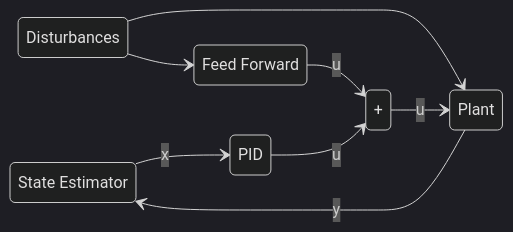
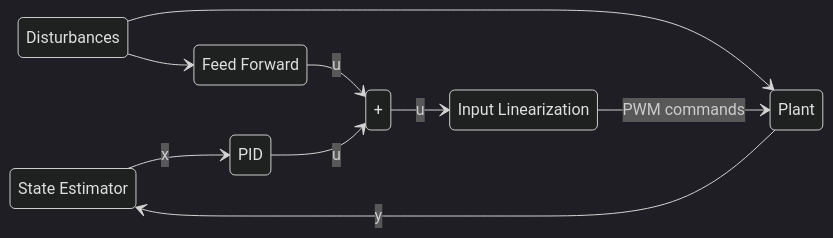
Before and after one commit to Jumner/cubicFirmware: the diagram in README.md, drawn with Mermaid (dark theme). The commit also changed other lines of this file, not shown here.

````diff
--- a/README.md
+++ b/README.md
@@ -125,17 +130,19 @@
 ```mermaid
 stateDiagram-v2
     direction LR
     
     kalman: State Estimator
     ff: Feed Forward
+	il: Input Linearization
     plant: Plant
     plus: +
     Disturbances --> plant
     Disturbances --> ff
     ff --> plus : u
-    plus --> plant : u
+    plus --> il : u
+	 il --> plant : PWM commands
     
     PID --> plus : u
     plant --> kalman : y
     kalman --> PID : x
 ```
````
